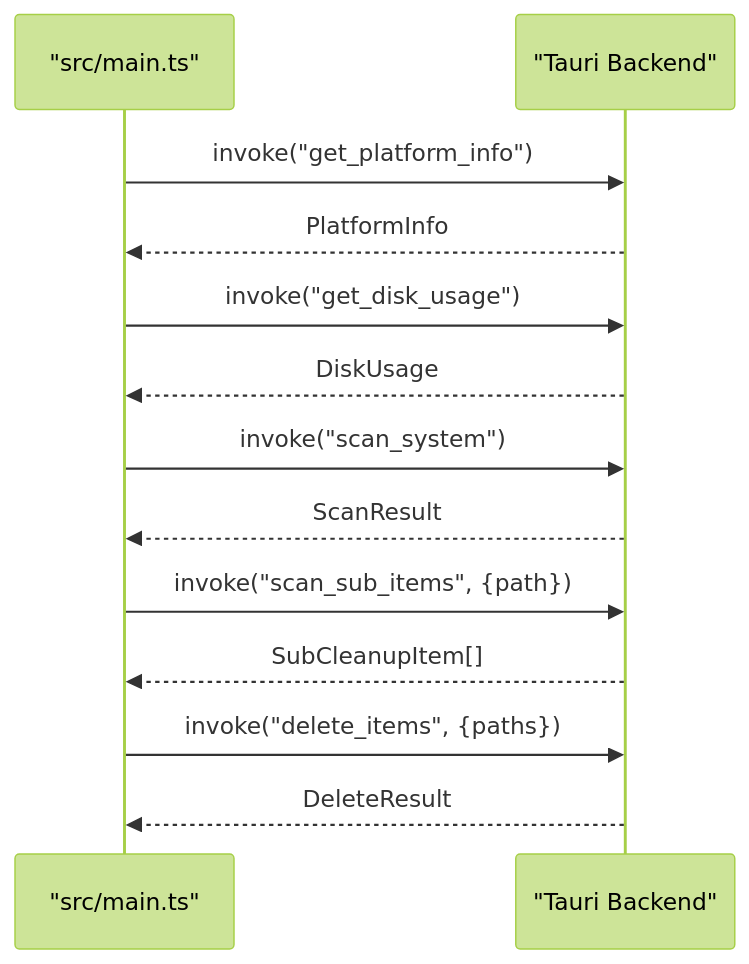
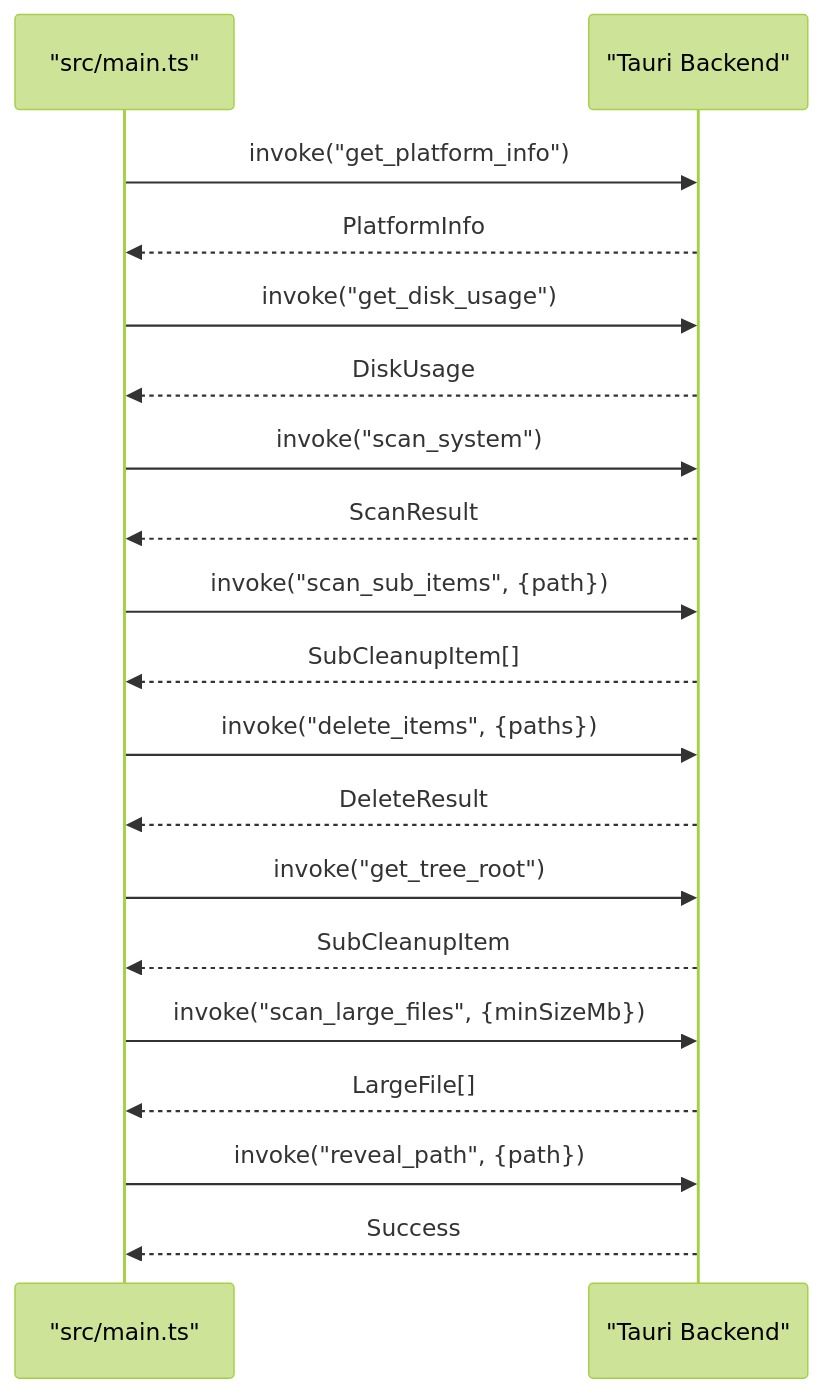
The eighth of 12 diagrams in .qoder/repowiki/en/content/Technical Implementation Details/Frontend Architecture (TypeScript)/Frontend Architecture (TypeScript).md (mrtruongleo/FreeSpaceMacos), drawn with Mermaid (forest theme) before and after one commit. The commit also changed other lines of this file and 31 other files, not shown here.

````diff
--- a/.qoder/repowiki/en/content/Technical Implementation Details/Frontend Architecture (TypeScript)/Frontend Architecture (TypeScript).md
+++ b/.qoder/repowiki/en/content/Technical Implementation Details/Frontend Architecture (TypeScript)/Frontend Architecture (TypeScript).md
@@ -218,15 +327,21 @@
 ```mermaid
 sequenceDiagram
 participant App as "src/main.ts"
 participant Tauri as "Tauri Backend"
 App->>Tauri : invoke("get_platform_info")
 Tauri-->>App : PlatformInfo
 App->>Tauri : invoke("get_disk_usage")
 Tauri-->>App : DiskUsage
 App->>Tauri : invoke("scan_system")
 Tauri-->>App : ScanResult
 App->>Tauri : invoke("scan_sub_items", {path})
 Tauri-->>App : SubCleanupItem[]
 App->>Tauri : invoke("delete_items", {paths})
 Tauri-->>App : DeleteResult
+App->>Tauri : invoke("get_tree_root")
+Tauri-->>App : SubCleanupItem
+App->>Tauri : invoke("scan_large_files", {minSizeMb})
+Tauri-->>App : LargeFile[]
+App->>Tauri : invoke("reveal_path", {path})
+Tauri-->>App : Success
 ```
````
